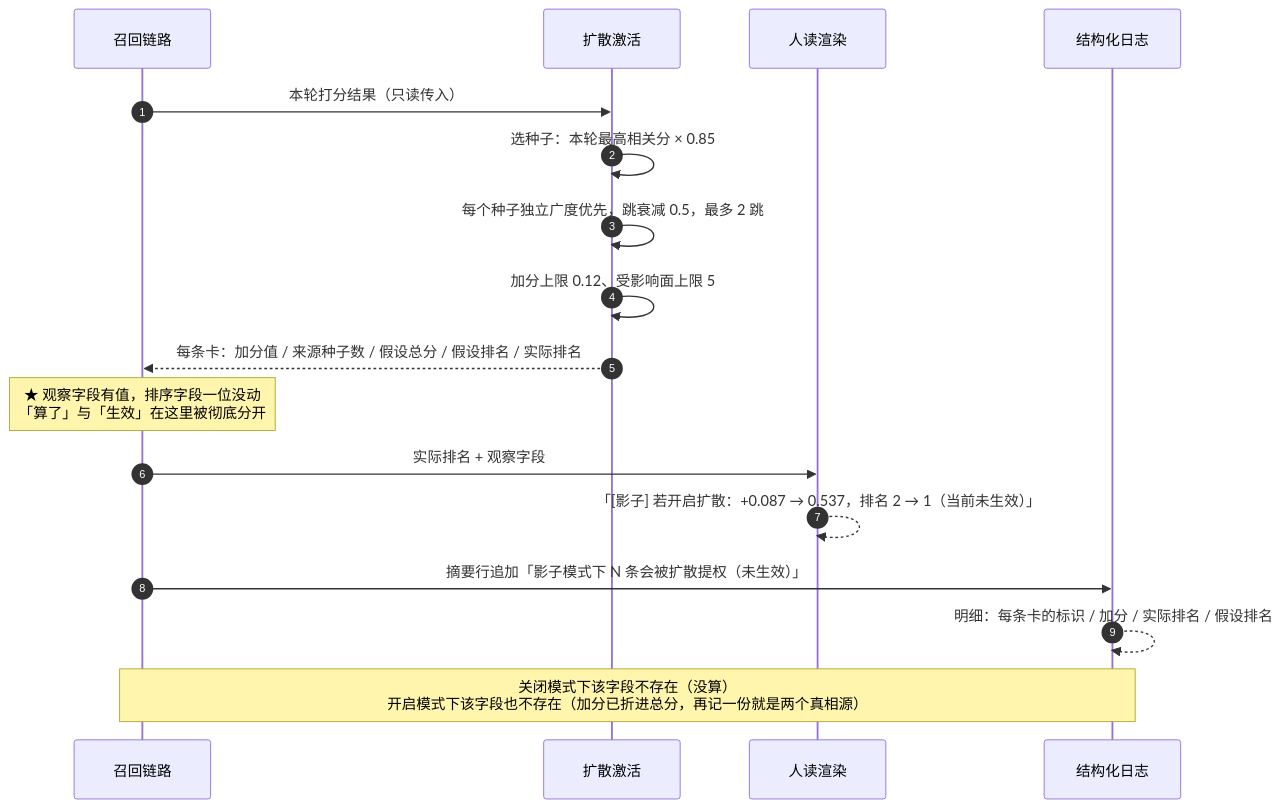
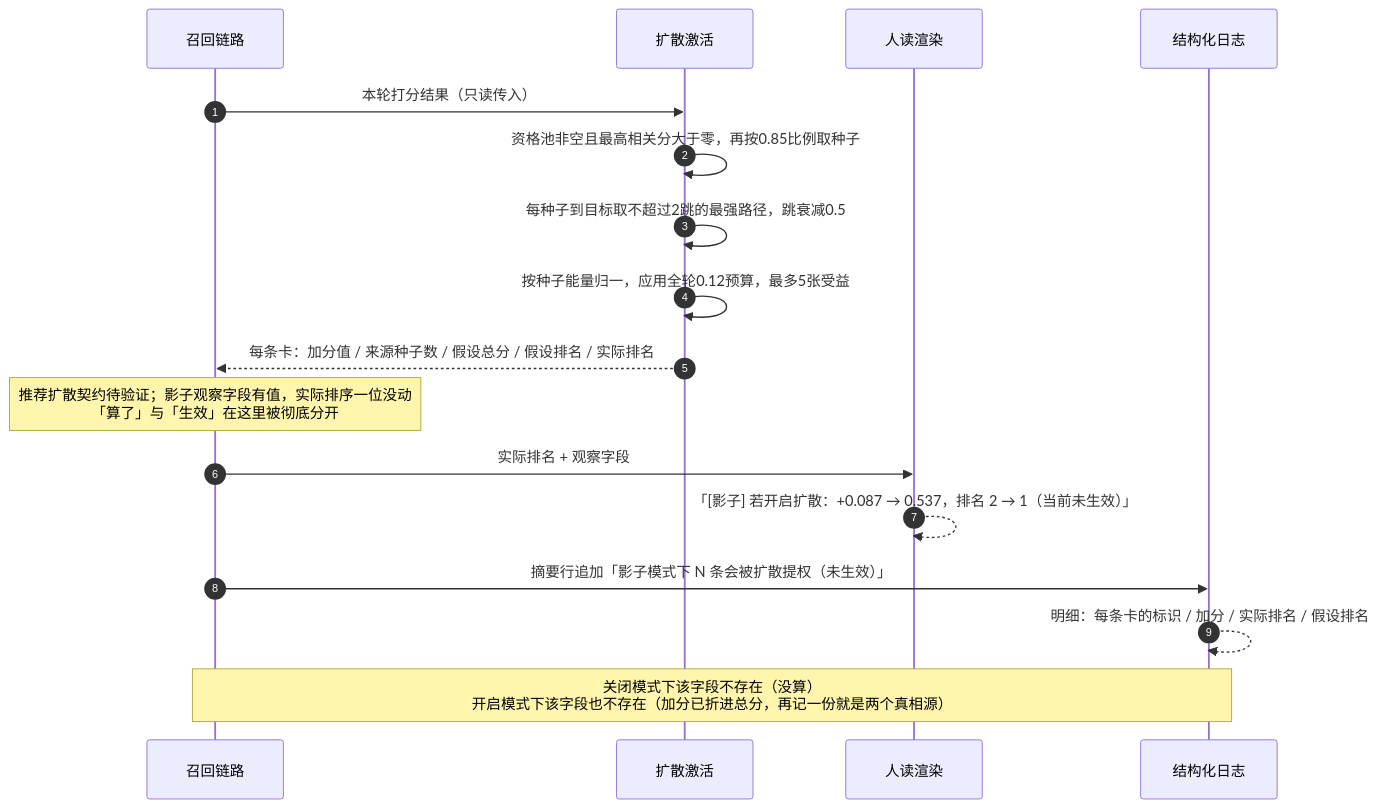
One commit to liruilong9999/memory changed the sixth of 21 diagrams in docs/docs_new/11-时序图与流程图集.md. Above: the diagram before and after it, drawn with Mermaid. The commit also changed other lines of this file and 13 other files, not shown here.

````diff
--- a/docs/docs_new/11-时序图与流程图集.md
+++ b/docs/docs_new/11-时序图与流程图集.md
@@ -290,20 +285,20 @@
 ```mermaid
 sequenceDiagram
     autonumber
     participant 召回 as 召回链路
     participant 扩散 as 扩散激活
     participant 渲染 as 人读渲染
     participant 日志 as 结构化日志
 
     召回->>扩散: 本轮打分结果（只读传入）
-    扩散->>扩散: 选种子：本轮最高相关分 × 0.85
-    扩散->>扩散: 每个种子独立广度优先，跳衰减 0.5，最多 2 跳
-    扩散->>扩散: 加分上限 0.12、受影响面上限 5
+    扩散->>扩散: 资格池非空且最高相关分大于零，再按0.85比例取种子
+    扩散->>扩散: 每种子到目标取不超过2跳的最强路径，跳衰减0.5
+    扩散->>扩散: 按种子能量归一，应用全轮0.12预算，最多5张受益
     扩散-->>召回: 每条卡：加分值 / 来源种子数 / 假设总分 / 假设排名 / 实际排名
-    Note over 召回: ★ 观察字段有值，排序字段一位没动<br/>「算了」与「生效」在这里被彻底分开
+    Note over 召回: 推荐扩散契约待验证；影子观察字段有值，实际排序一位没动<br/>「算了」与「生效」在这里被彻底分开
     召回->>渲染: 实际排名 + 观察字段
     渲染-->>渲染: 「[影子] 若开启扩散：+0.087 → 0.537，排名 2 → 1（当前未生效）」
     召回->>日志: 摘要行追加「影子模式下 N 条会被扩散提权（未生效）」
     日志-->>日志: 明细：每条卡的标识 / 加分 / 实际排名 / 假设排名
     Note over 召回,日志: 关闭模式下该字段不存在（没算）<br/>开启模式下该字段也不存在（加分已折进总分，再记一份就是两个真相源）
 ```
````
